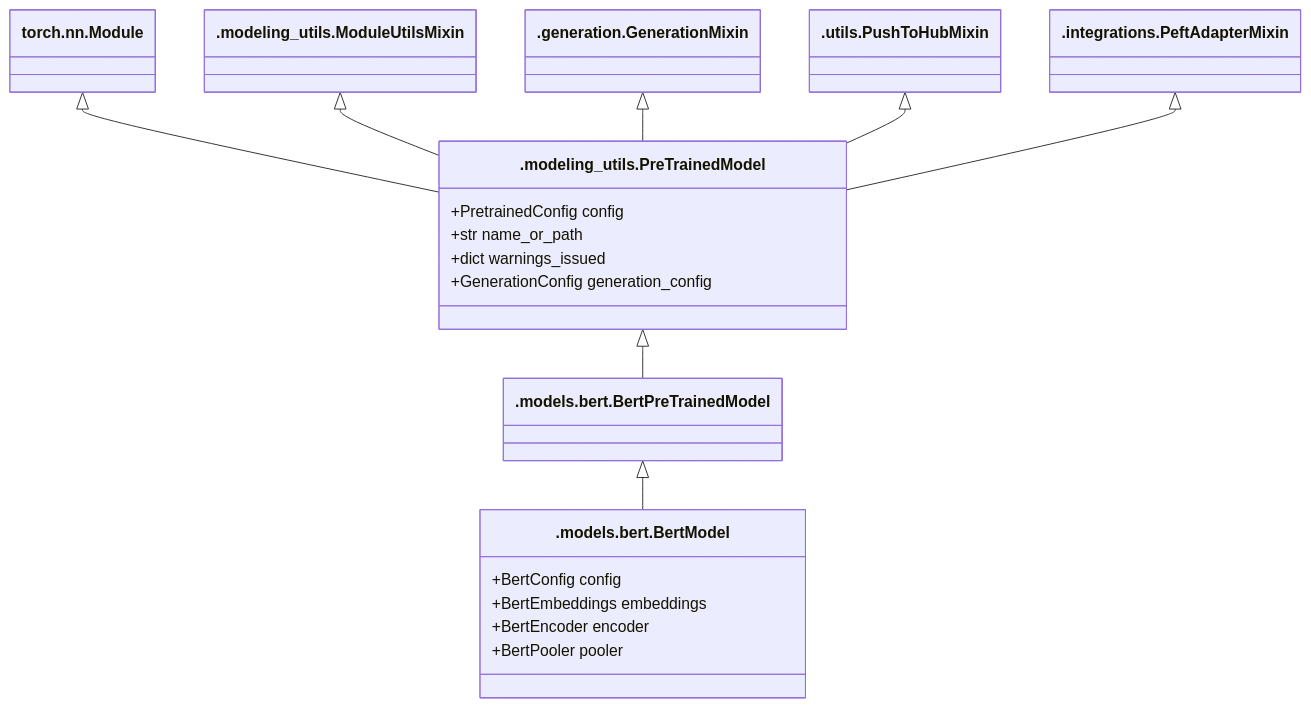
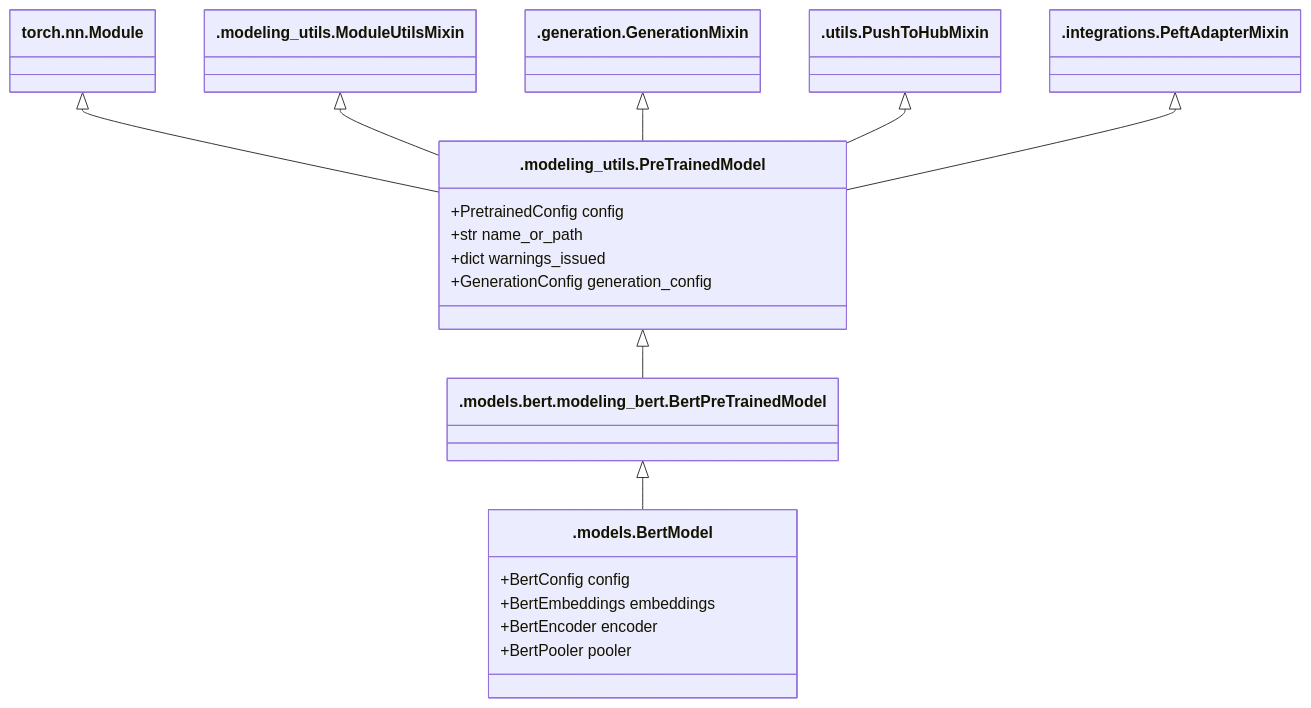
One commit to coba-yu/transformers-from-pytorch changed the first of 11 diagrams in BERT.md. Above: the diagram before and after it, drawn with Mermaid. The commit also changed other lines of this file, not shown here.

First line of the commit message:
Update BERT.md

````diff
--- a/BERT.md
+++ b/BERT.md
@@ -5,29 +7,29 @@
 ```mermaid
 classDiagram
   class Module["torch.nn.Module"]
   class ModuleUtilsMixin[".modeling_utils.ModuleUtilsMixin"]
   class GenerationMixin[".generation.GenerationMixin"]
   class PushToHubMixin[".utils.PushToHubMixin"]
   class PeftAdapterMixin[".integrations.PeftAdapterMixin"]
   class PreTrainedModel[".modeling_utils.PreTrainedModel"] {
     +PretrainedConfig config
     +str name_or_path
     +dict warnings_issued
     +GenerationConfig generation_config
   }
-  class BertPreTrainedModel[".models.bert.BertPreTrainedModel"]
-  class BertModel[".models.bert.BertModel"] {
+  class BertPreTrainedModel[".models.bert.modeling_bert.BertPreTrainedModel"]
+  class BertModel[".models.BertModel"] {
     +BertConfig config
     +BertEmbeddings embeddings
     +BertEncoder encoder
     +BertPooler pooler
   }
 
   Module <|-- PreTrainedModel
   ModuleUtilsMixin <|-- PreTrainedModel
   GenerationMixin <|-- PreTrainedModel
   PushToHubMixin <|-- PreTrainedModel
   PeftAdapterMixin <|-- PreTrainedModel
   PreTrainedModel <|-- BertPreTrainedModel
   BertPreTrainedModel <|-- BertModel
 ```
````
